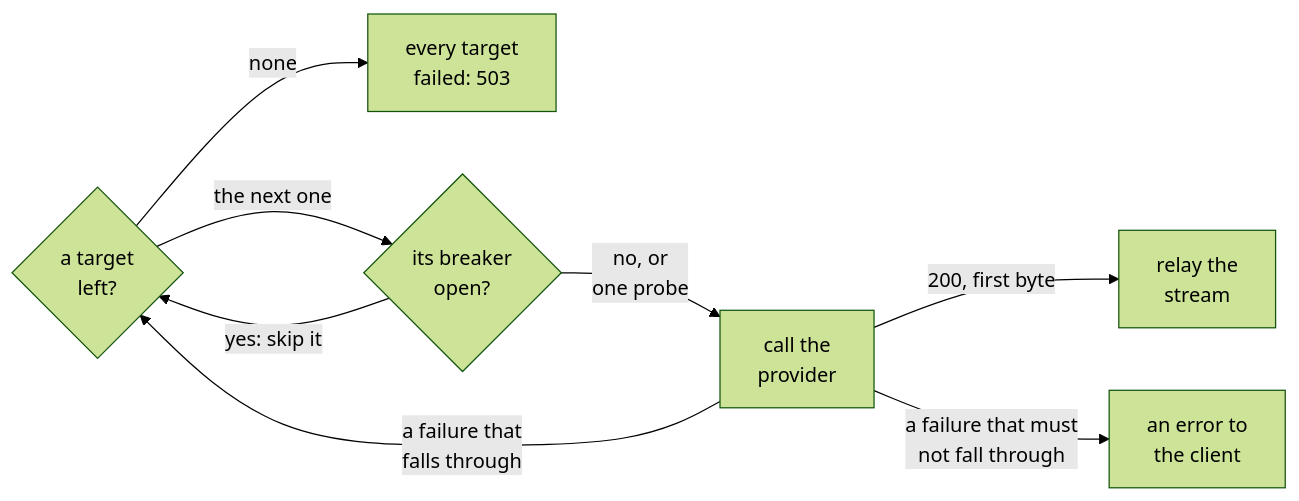
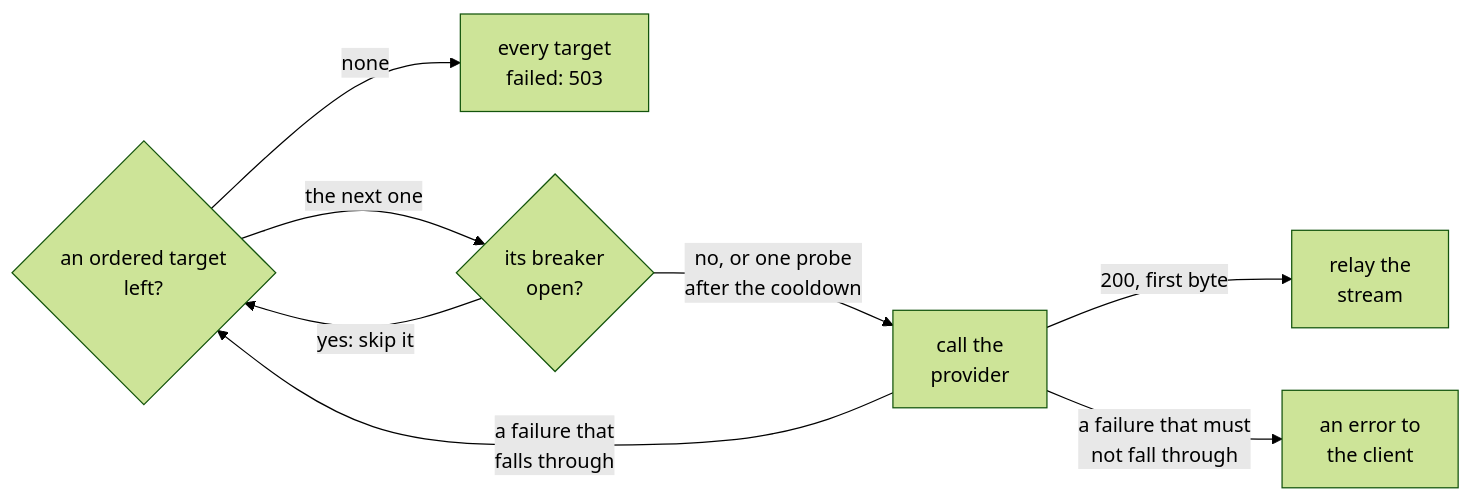
One commit to aniryou/full-stack-agentic-engineer changed the fourth of 9 diagrams in 06-gateway/llm-gateway/PRIMER.md. Above: the diagram before and after it, drawn with Mermaid (forest theme). The commit also changed other lines of this file and 340 other files, not shown here.

````diff
--- a/06-gateway/llm-gateway/PRIMER.md
+++ b/06-gateway/llm-gateway/PRIMER.md
@@ -284,10 +284,10 @@
 ```mermaid
 flowchart LR
-    NEXT{"a target<br/>left?"} -- "none" --> NONE["every target<br/>failed: 503"]
+    NEXT{"an ordered target<br/>left?"} -- "none" --> NONE["every target<br/>failed: 503"]
     NEXT -- "the next one" --> B{"its breaker<br/>open?"}
     B -- "yes: skip it" --> NEXT
-    B -- "no, or<br/>one probe" --> CALL["call the<br/>provider"]
+    B -- "no, or one probe<br/>after the cooldown" --> CALL["call the<br/>provider"]
     CALL -- "200, first byte" --> OK["relay the<br/>stream"]
     CALL -- "a failure that<br/>falls through" --> NEXT
     CALL -- "a failure that must<br/>not fall through" --> STOP["an error to<br/>the client"]
 ```
````
